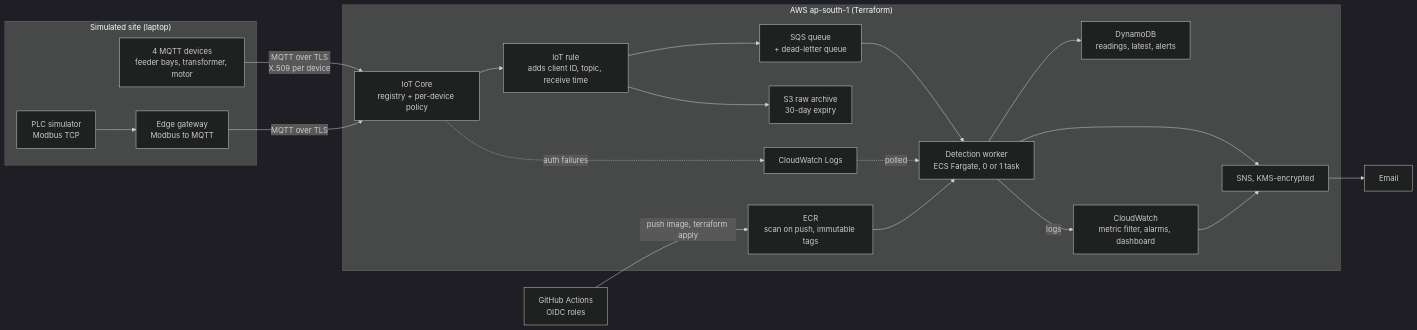
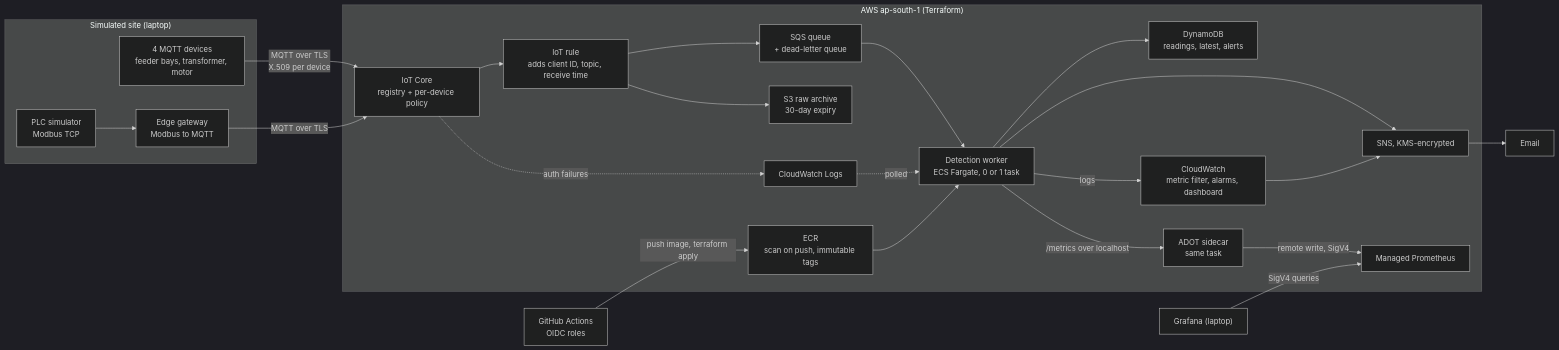
One commit to purvankit/iiot-secure-monitor changed the diagram in README.md. Above: the diagram before and after it, drawn with Mermaid (dark theme). The commit also changed other lines of this file and 13 other files, not shown here.

````diff
--- a/README.md
+++ b/README.md
@@ -26,24 +29,27 @@
 ```mermaid
 flowchart LR
   subgraph site["Simulated site (laptop)"]
     D["4 MQTT devices<br/>feeder bays, transformer, motor"]
     PLC["PLC simulator<br/>Modbus TCP"] --> GW["Edge gateway<br/>Modbus to MQTT"]
   end
   D -- "MQTT over TLS<br/>X.509 per device" --> IOT
   GW -- "MQTT over TLS" --> IOT
   subgraph aws["AWS ap-south-1 (Terraform)"]
     IOT["IoT Core<br/>registry + per-device policy"] --> RULE["IoT rule<br/>adds client ID, topic, receive time"]
     RULE --> SQS["SQS queue<br/>+ dead-letter queue"]
     RULE --> S3["S3 raw archive<br/>30-day expiry"]
     IOT -. "auth failures" .-> LOGS["CloudWatch Logs"]
     SQS --> W["Detection worker<br/>ECS Fargate, 0 or 1 task"]
     LOGS -. "polled" .-> W
     W --> DDB["DynamoDB<br/>readings, latest, alerts"]
     W --> SNS["SNS, KMS-encrypted"]
     W -- "logs" --> CW["CloudWatch<br/>metric filter, alarms, dashboard"]
     CW --> SNS
     ECR["ECR<br/>scan on push, immutable tags"] --> W
+    W -- "/metrics over localhost" --> ADOT["ADOT sidecar<br/>same task"]
+    ADOT -- "remote write, SigV4" --> AMP["Managed Prometheus"]
   end
   SNS --> MAIL["Email"]
+  GRAF["Grafana (laptop)"] -- "SigV4 queries" --> AMP
   GH["GitHub Actions<br/>OIDC roles"] -- "push image, terraform apply" --> ECR
 ```
````
